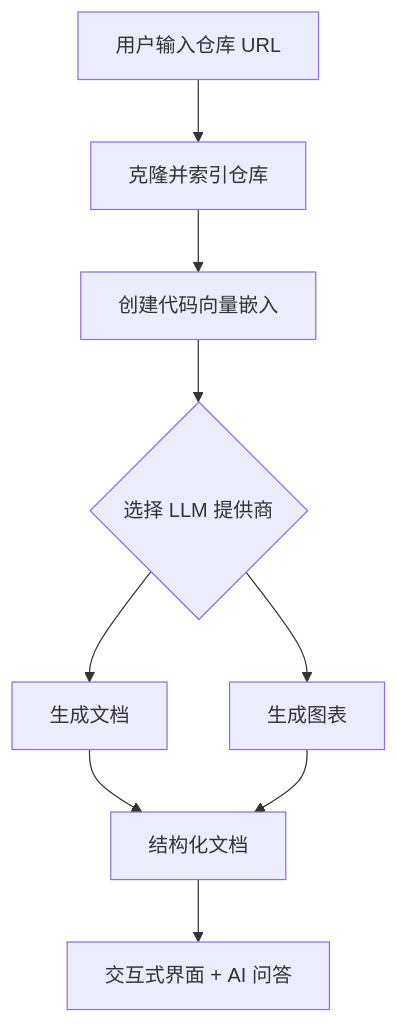
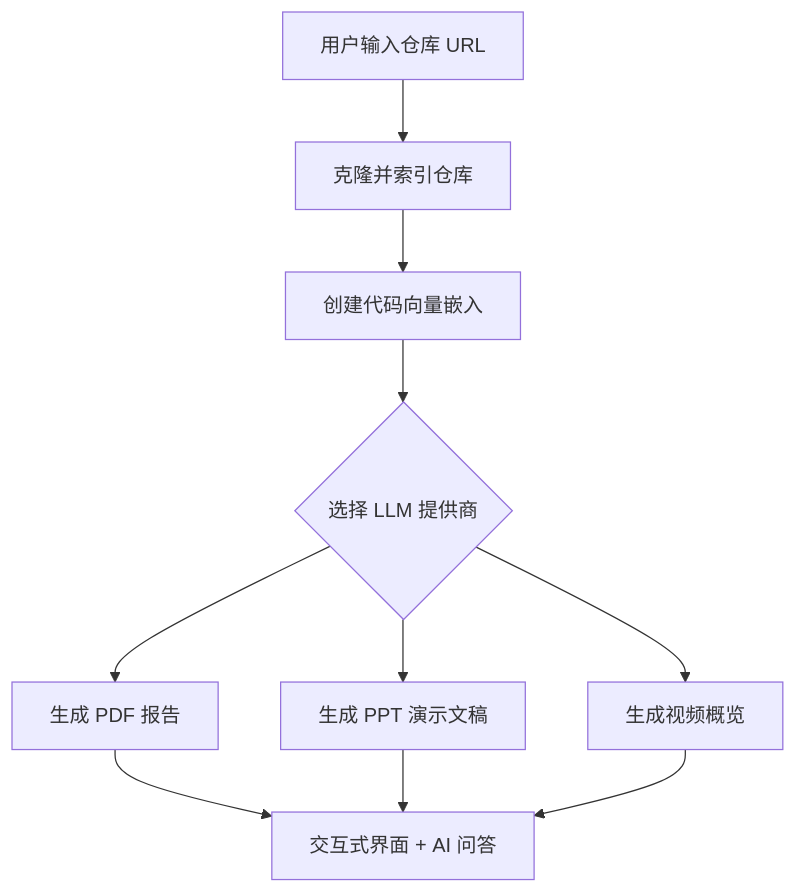
Before and after one commit to TeresaLin0725/CS5260_Group12_RepoAgent: the second of 2 diagrams in README.md, drawn with Mermaid. The commit also changed other lines of this file and 12 other files, not shown here.

````diff
--- a/README.md
+++ b/README.md
@@ -284,11 +282,12 @@
 ```mermaid
 graph TD
     A[用户输入仓库 URL] --> B[克隆并索引仓库]
     B --> C[创建代码向量嵌入]
     C --> D{选择 LLM 提供商}
-    D --> E[生成文档]
-    D --> F[生成图表]
-    E --> G[结构化文档]
-    F --> G
-    G --> H[交互式界面 + AI 问答]
+    D --> E[生成 PDF 报告]
+    D --> F[生成 PPT 演示文稿]
+    D --> G[生成视频概览]
+    E --> H[交互式界面 + AI 问答]
+    F --> H
+    G --> H
 ```
````
